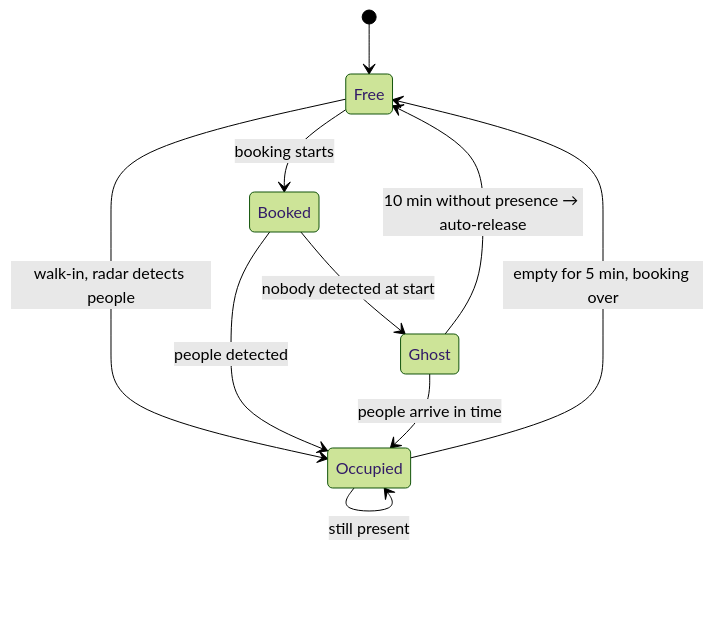
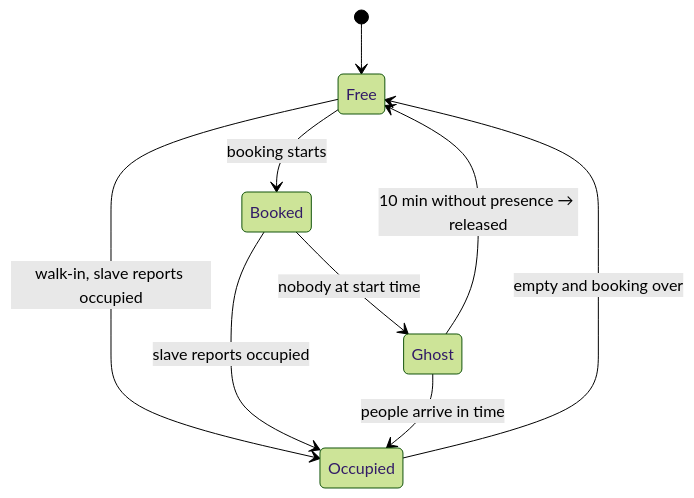
Before and after one commit to NadaAbbas444/inhabitx: the third of 4 diagrams in README.md, drawn with Mermaid (forest theme). The commit also changed other lines of this file and 9 other files, not shown here.

````diff
--- a/README.md
+++ b/README.md
@@ -60,12 +128,11 @@
 ```mermaid
 stateDiagram-v2
     [*] --> Free
     Free --> Booked: booking starts
-    Free --> Occupied: walk-in, radar detects people
-    Booked --> Occupied: people detected
-    Booked --> Ghost: nobody detected at start
+    Free --> Occupied: walk-in, slave reports occupied
+    Booked --> Occupied: slave reports occupied
+    Booked --> Ghost: nobody at start time
     Ghost --> Occupied: people arrive in time
-    Ghost --> Free: 10 min without presence → auto-release
-    Occupied --> Free: empty for 5 min, booking over
-    Occupied --> Occupied: still present
+    Ghost --> Free: 10 min without presence → released
+    Occupied --> Free: empty and booking over
 ```
````
